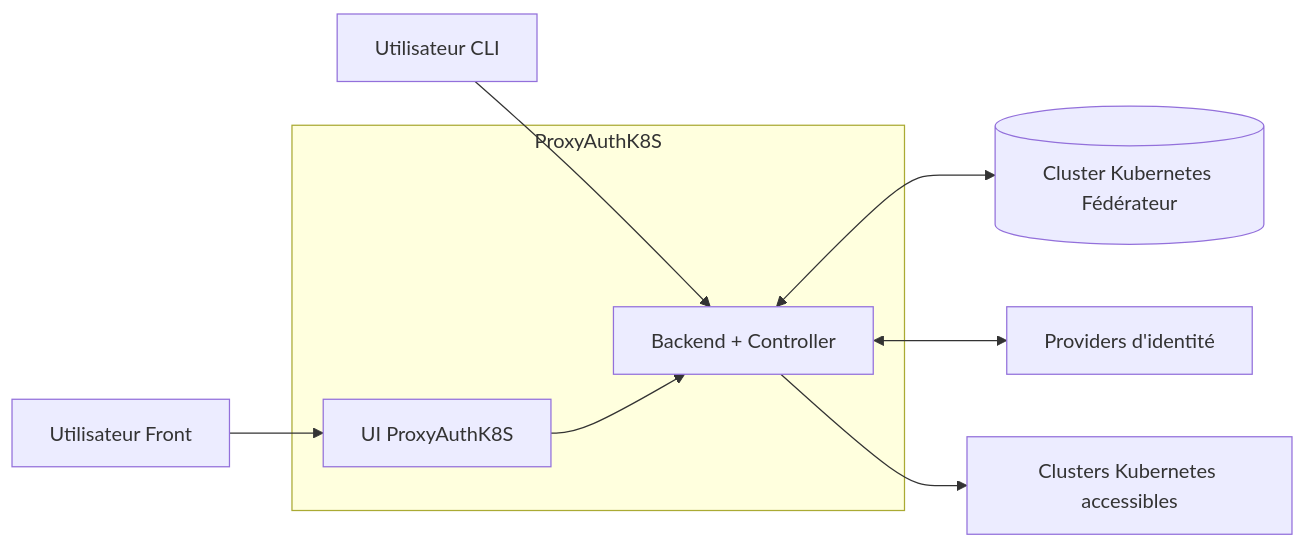
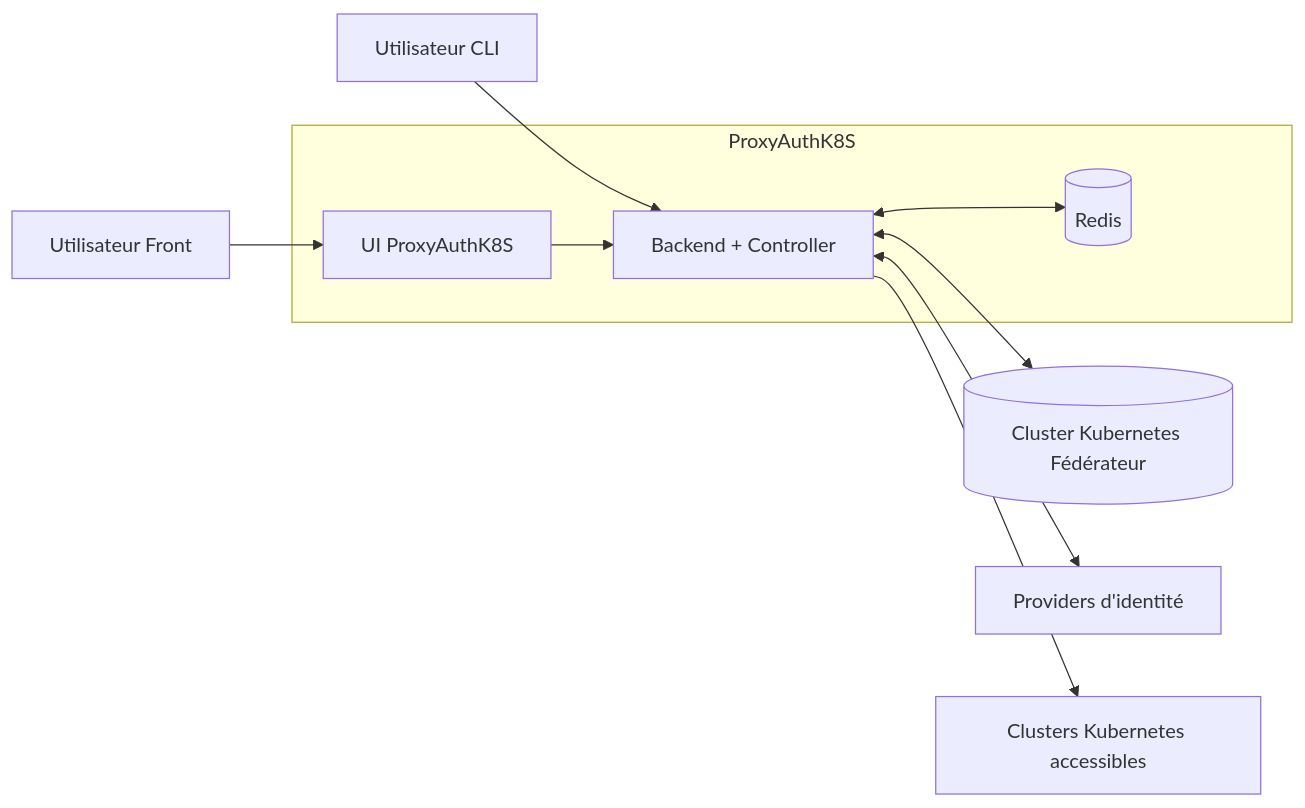
Before and after one commit to batleforc/ProxyAuthK8S: the diagram in README.md, drawn with Mermaid.

Commit message:
feat: add redis to schema

````diff
--- a/README.md
+++ b/README.md
@@ -17,15 +17,17 @@
 ```mermaid
 flowchart LR
   UF[Utilisateur Front] --> UI
   UC[Utilisateur CLI] --> BE
 
   subgraph PX[ProxyAuthK8S]
     UI[UI ProxyAuthK8S]
     BE[Backend + Controller]
+    R[(Redis)]
   end
 
   UI --> BE
+  BE <--> R
   BE <--> KC[(Cluster Kubernetes Fédérateur)]
   BE <--> IDP[Providers d'identité]
   BE --> KX[Clusters Kubernetes accessibles]
 ```
````
